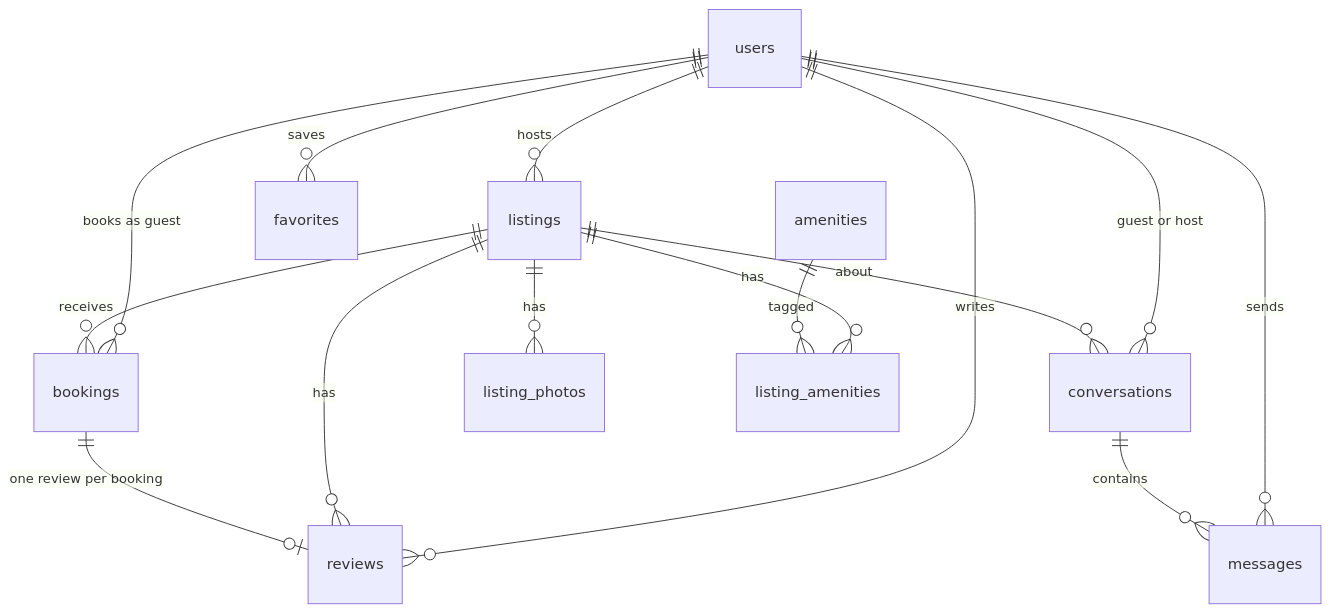
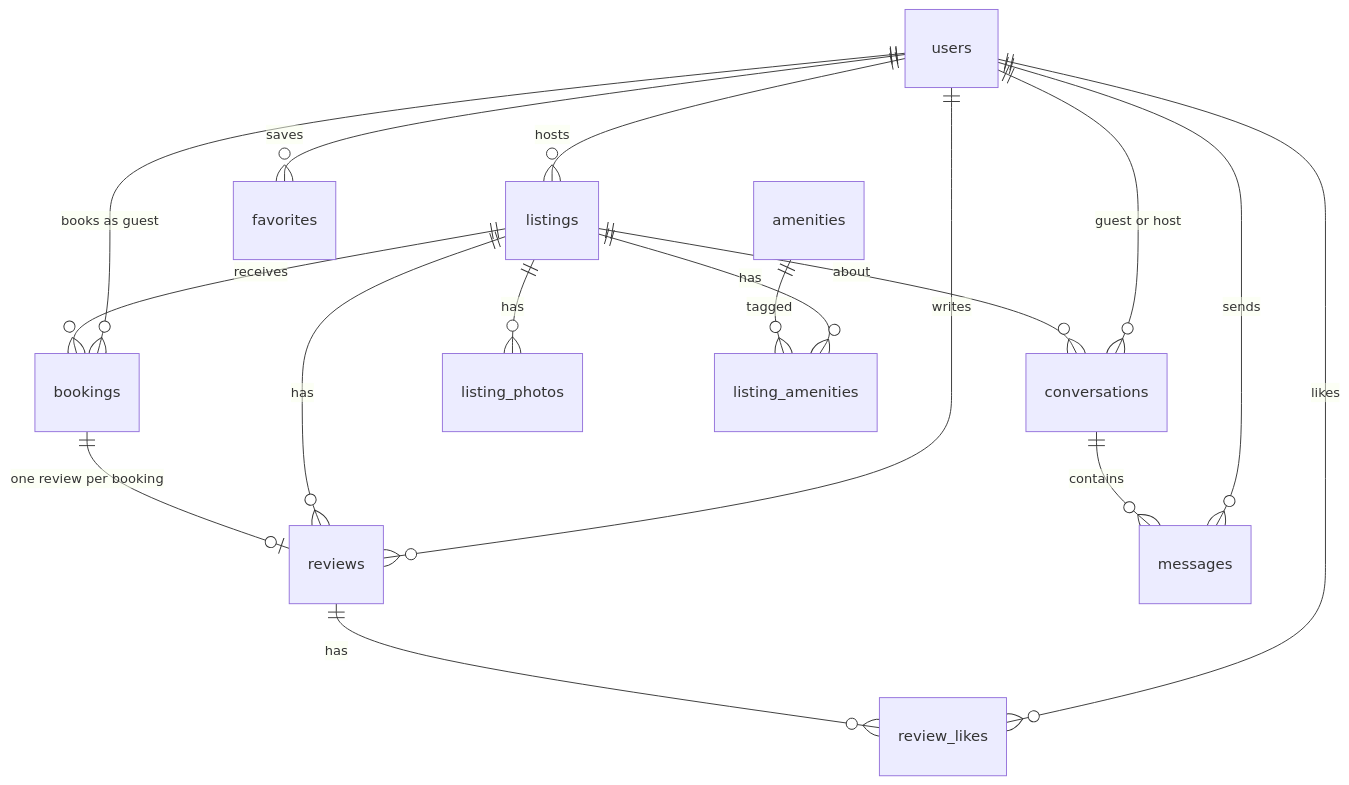
The second of 2 diagrams in README.md (orwin1002/airbnb-clone), drawn with Mermaid before and after one commit. The commit also changed other lines of this file, not shown here.

First line of the commit message:
Update README for review likes, replies, and notifications.

````diff
--- a/README.md
+++ b/README.md
@@ -176,17 +176,19 @@
 ```mermaid
 erDiagram
     users ||--o{ listings : hosts
     users ||--o{ bookings : "books as guest"
     users ||--o{ reviews : writes
+    users ||--o{ review_likes : likes
     users ||--o{ favorites : saves
     users ||--o{ messages : sends
     users ||--o{ conversations : "guest or host"
     listings ||--o{ listing_photos : has
     listings ||--o{ listing_amenities : has
     amenities ||--o{ listing_amenities : tagged
     listings ||--o{ bookings : receives
     listings ||--o{ reviews : has
+    reviews ||--o{ review_likes : has
     listings ||--o{ conversations : about
     bookings ||--o| reviews : "one review per booking"
     conversations ||--o{ messages : contains
 ```
````
